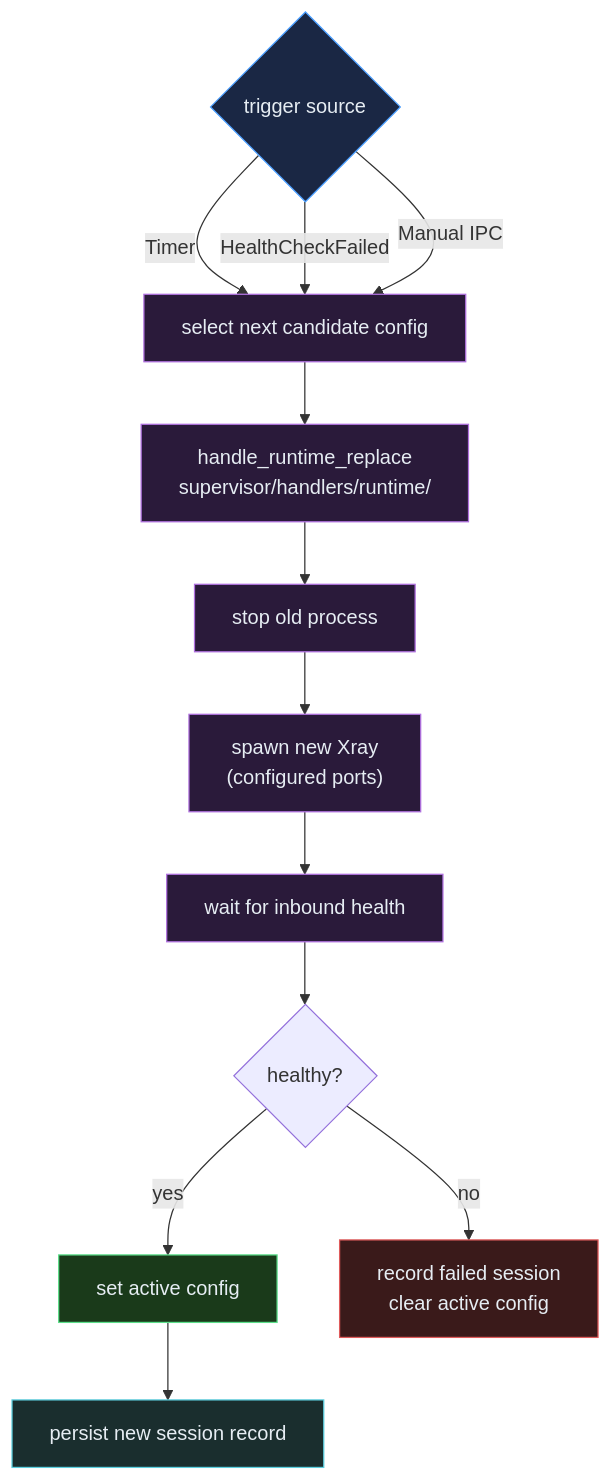
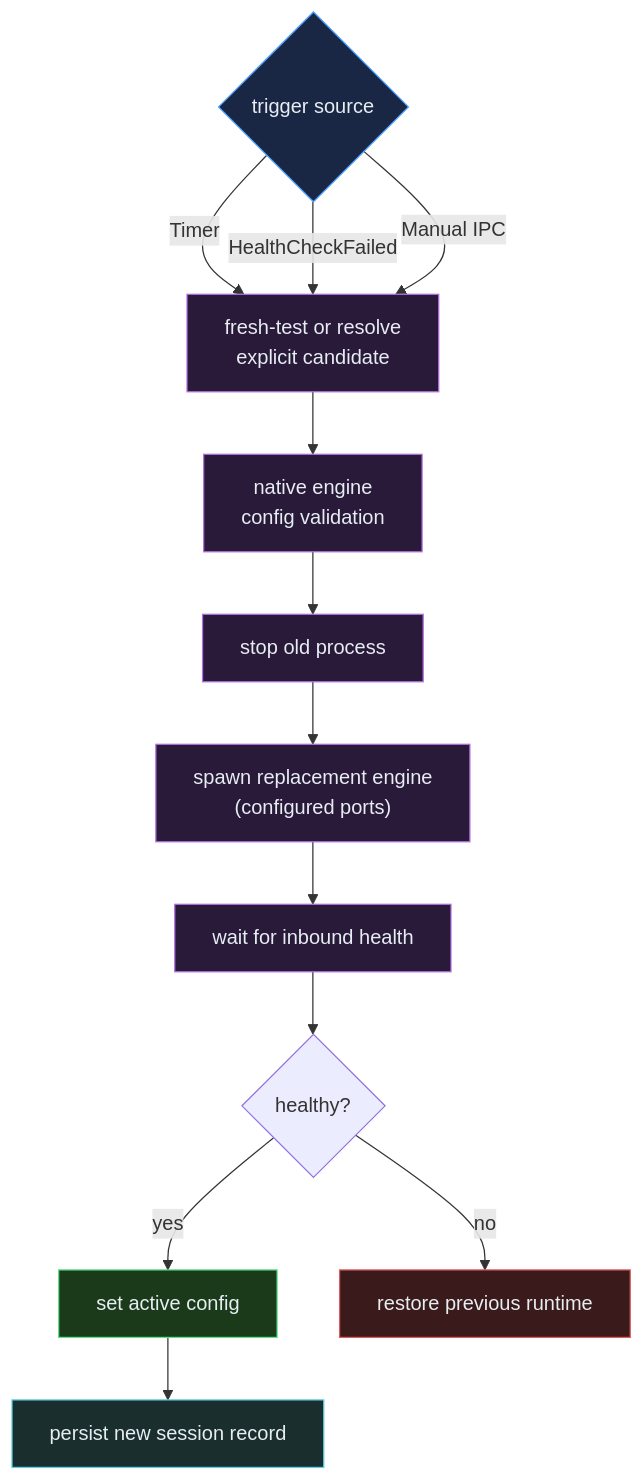
Before and after one commit to mhyrzt/xrat: the seventh of 7 diagrams in docs/src/06-architecture/daemon-architecture.md, drawn with Mermaid. The commit also changed other lines of this file and 43 other files, not shown here.

````diff
--- a/docs/src/06-architecture/daemon-architecture.md
+++ b/docs/src/06-architecture/daemon-architecture.md
@@ -224,26 +235,26 @@
 ```mermaid
 flowchart TD
     classDef trigger fill:#1a2744,stroke:#4a9eff,color:#e6edf3
     classDef step    fill:#2a1a3a,stroke:#b070df,color:#e6edf3
     classDef ok      fill:#1a3a1a,stroke:#5bdf8a,color:#e6edf3
     classDef fail    fill:#3a1a1a,stroke:#df5b5b,color:#e6edf3
     classDef store   fill:#1a2e2e,stroke:#5bcfdf,color:#e6edf3
 
     TRIG{"trigger source"}:::trigger
-    NEXT["select next candidate config"]:::step
-    BUILD["handle_runtime_replace<br/>supervisor/handlers/runtime/"]:::step
+    NEXT["fresh-test or resolve<br/>explicit candidate"]:::step
+    PREFLIGHT["native engine<br/>config validation"]:::step
     STOP_OLD["stop old process"]:::step
-    SPAWN["spawn new Xray<br/>(configured ports)"]:::step
+    SPAWN["spawn replacement engine<br/>(configured ports)"]:::step
     WAIT_HEALTH["wait for inbound health"]:::step
     ATOMIC{"healthy?"}
     SWITCH["set active config"]:::ok
-    CLEAN["record failed session<br/>clear active config"]:::fail
+    ROLLBACK["restore previous runtime"]:::fail
     PERSIST["persist new session record"]:::store
 
     TRIG -- "Timer"         --> NEXT
     TRIG -- "HealthCheckFailed" --> NEXT
     TRIG -- "Manual IPC"   --> NEXT
-    NEXT --> BUILD --> STOP_OLD --> SPAWN --> WAIT_HEALTH --> ATOMIC
+    NEXT --> PREFLIGHT --> STOP_OLD --> SPAWN --> WAIT_HEALTH --> ATOMIC
     ATOMIC -- "yes" --> SWITCH --> PERSIST
-    ATOMIC -- "no"  --> CLEAN
+    ATOMIC -- "no"  --> ROLLBACK
 ```
````
